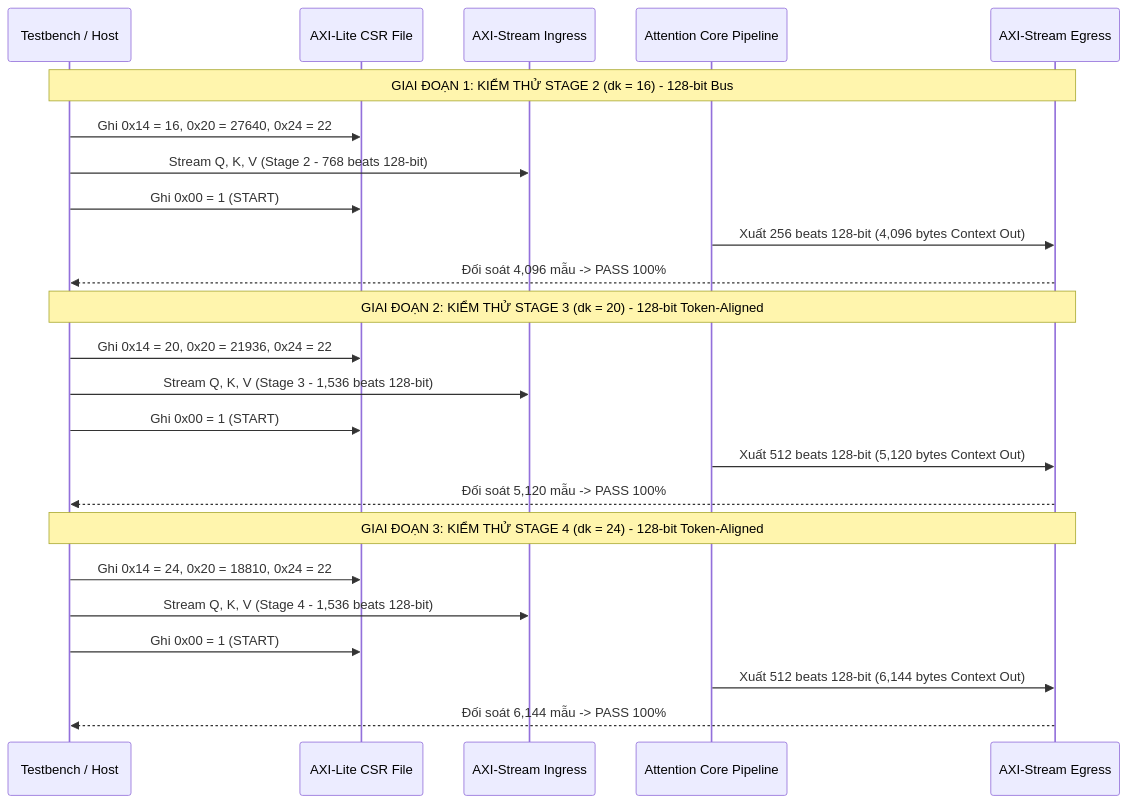
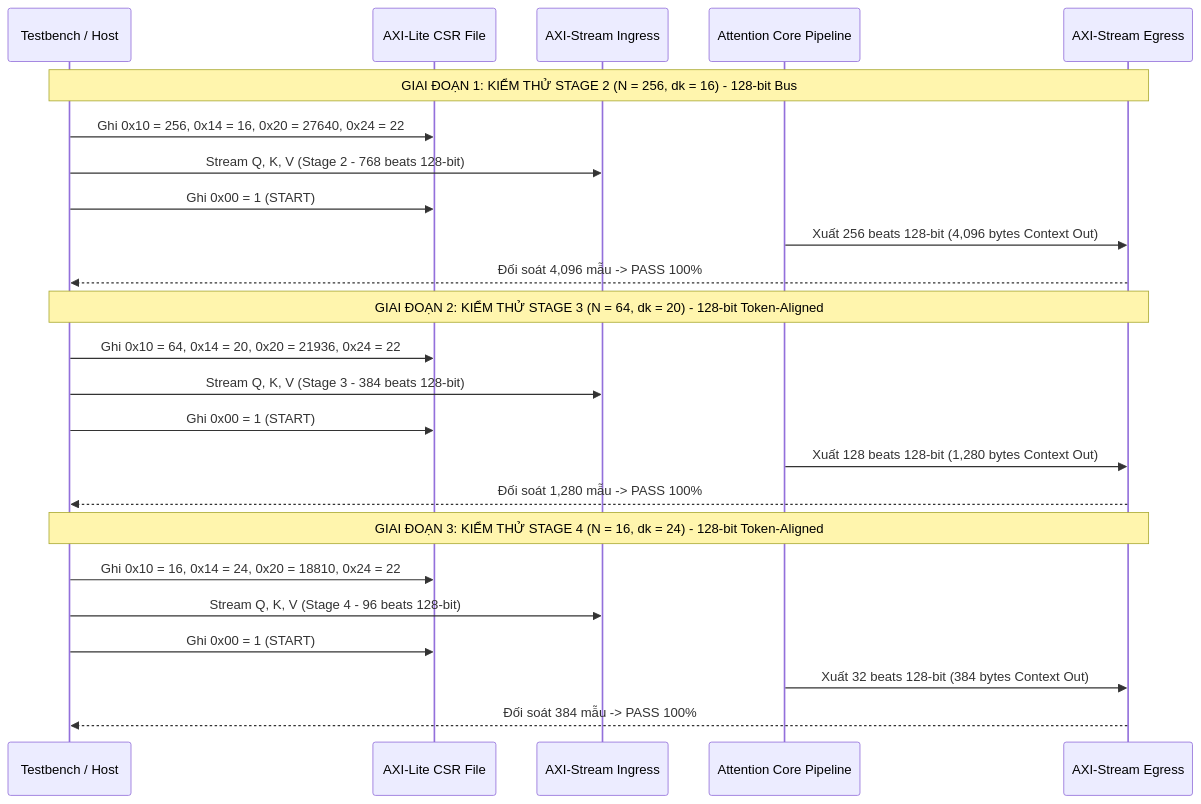
One commit to Planterian/Capstone_project changed the diagram in Notes_ver02/mo_rong_xac_minh_3_stages.md. Above: the diagram before and after it, drawn with Mermaid. The commit also changed other lines of this file and 75 other files, not shown here.

````diff
--- a/Notes_ver02/mo_rong_xac_minh_3_stages.md
+++ b/Notes_ver02/mo_rong_xac_minh_3_stages.md
@@ -76,29 +76,29 @@
 ```mermaid
 sequenceDiagram
     participant TB as Testbench / Host
     participant CSR as AXI-Lite CSR File
     participant ING as AXI-Stream Ingress
     participant CORE as Attention Core Pipeline
     participant EGR as AXI-Stream Egress
 
-    Note over TB,EGR: GIAI ĐOẠN 1: KIỂM THỬ STAGE 2 (dk = 16) - 128-bit Bus
-    TB->>CSR: Ghi 0x14 = 16, 0x20 = 27640, 0x24 = 22
+    Note over TB,EGR: GIAI ĐOẠN 1: KIỂM THỬ STAGE 2 (N = 256, dk = 16) - 128-bit Bus
+    TB->>CSR: Ghi 0x10 = 256, 0x14 = 16, 0x20 = 27640, 0x24 = 22
     TB->>ING: Stream Q, K, V (Stage 2 - 768 beats 128-bit)
     TB->>CSR: Ghi 0x00 = 1 (START)
     CORE->>EGR: Xuất 256 beats 128-bit (4,096 bytes Context Out)
     EGR-->>TB: Đối soát 4,096 mẫu -> PASS 100%
 
-    Note over TB,EGR: GIAI ĐOẠN 2: KIỂM THỬ STAGE 3 (dk = 20) - 128-bit Token-Aligned
-    TB->>CSR: Ghi 0x14 = 20, 0x20 = 21936, 0x24 = 22
-    TB->>ING: Stream Q, K, V (Stage 3 - 1,536 beats 128-bit)
+    Note over TB,EGR: GIAI ĐOẠN 2: KIỂM THỬ STAGE 3 (N = 64, dk = 20) - 128-bit Token-Aligned
+    TB->>CSR: Ghi 0x10 = 64, 0x14 = 20, 0x20 = 21936, 0x24 = 22
+    TB->>ING: Stream Q, K, V (Stage 3 - 384 beats 128-bit)
     TB->>CSR: Ghi 0x00 = 1 (START)
-    CORE->>EGR: Xuất 512 beats 128-bit (5,120 bytes Context Out)
-    EGR-->>TB: Đối soát 5,120 mẫu -> PASS 100%
+    CORE->>EGR: Xuất 128 beats 128-bit (1,280 bytes Context Out)
+    EGR-->>TB: Đối soát 1,280 mẫu -> PASS 100%
 
-    Note over TB,EGR: GIAI ĐOẠN 3: KIỂM THỬ STAGE 4 (dk = 24) - 128-bit Token-Aligned
-    TB->>CSR: Ghi 0x14 = 24, 0x20 = 18810, 0x24 = 22
-    TB->>ING: Stream Q, K, V (Stage 4 - 1,536 beats 128-bit)
+    Note over TB,EGR: GIAI ĐOẠN 3: KIỂM THỬ STAGE 4 (N = 16, dk = 24) - 128-bit Token-Aligned
+    TB->>CSR: Ghi 0x10 = 16, 0x14 = 24, 0x20 = 18810, 0x24 = 22
+    TB->>ING: Stream Q, K, V (Stage 4 - 96 beats 128-bit)
     TB->>CSR: Ghi 0x00 = 1 (START)
-    CORE->>EGR: Xuất 512 beats 128-bit (6,144 bytes Context Out)
-    EGR-->>TB: Đối soát 6,144 mẫu -> PASS 100%
+    CORE->>EGR: Xuất 32 beats 128-bit (384 bytes Context Out)
+    EGR-->>TB: Đối soát 384 mẫu -> PASS 100%
 ```
````
